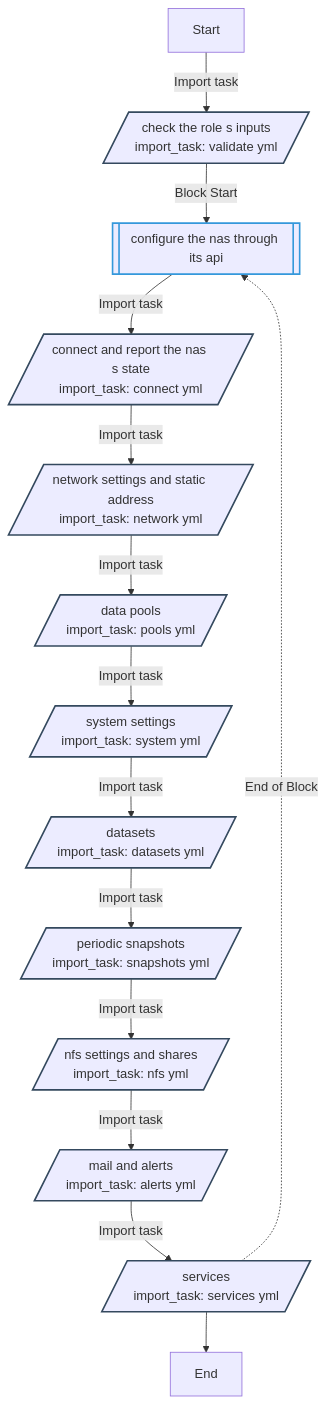
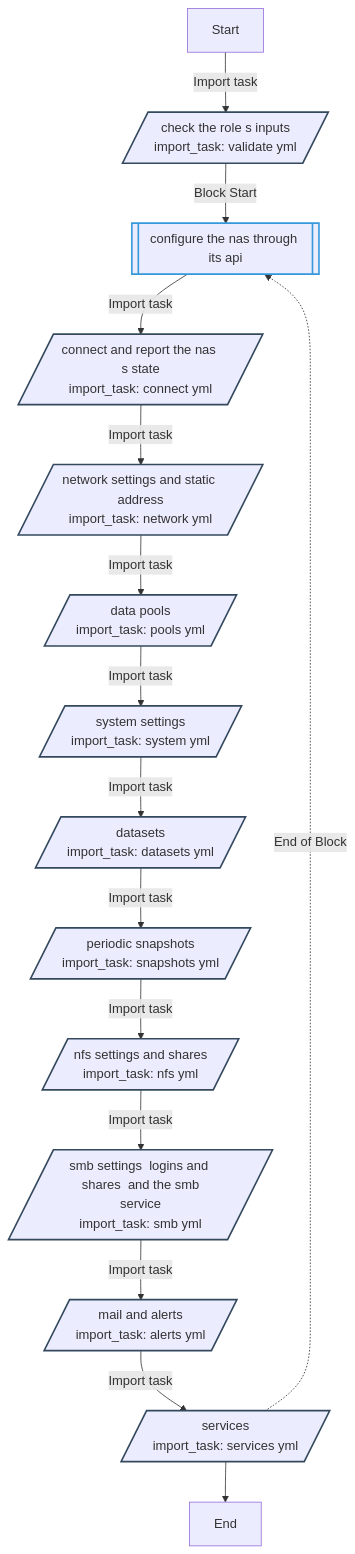
Before and after one commit to kawadeomkar/homeserver: the fourth of 13 diagrams in roles/truenas/REFERENCE.md, drawn with Mermaid. The commit also changed other lines of this file and 20 other files, not shown here.

First line of the commit message:
feat(truenas): an SMB stage: logins, directory owners and shares, the service started last

````diff
--- a/roles/truenas/REFERENCE.md
+++ b/roles/truenas/REFERENCE.md
@@ -770,26 +888,27 @@
 ```mermaid
 flowchart TD
 Start
 classDef block stroke:#3498db,stroke-width:2px;
 classDef task stroke:#4b76bb,stroke-width:2px;
 classDef includeTasks stroke:#16a085,stroke-width:2px;
 classDef importTasks stroke:#34495e,stroke-width:2px;
 classDef includeRole stroke:#2980b9,stroke-width:2px;
 classDef importRole stroke:#699ba7,stroke-width:2px;
 classDef includeVars stroke:#8e44ad,stroke-width:2px;
 classDef rescue stroke:#665352,stroke-width:2px;
 
   Start-->|Import task| Check_the_role_s_inputs_validate_yml_0[/check the role s inputs<br>import_task: validate yml/]:::importTasks
   Check_the_role_s_inputs_validate_yml_0-->|Block Start| Configure_the_NAS_through_its_API1_block_start_0[[configure the nas through its api]]:::block
   Configure_the_NAS_through_its_API1_block_start_0-->|Import task| Connect_and_report_the_NAS_s_state_connect_yml_0[/connect and report the nas s state<br>import_task: connect yml/]:::importTasks
   Connect_and_report_the_NAS_s_state_connect_yml_0-->|Import task| Network_settings_and_static_address_network_yml_1[/network settings and static address<br>import_task: network yml/]:::importTasks
   Network_settings_and_static_address_network_yml_1-->|Import task| Data_pools_pools_yml_2[/data pools<br>import_task: pools yml/]:::importTasks
   Data_pools_pools_yml_2-->|Import task| System_settings_system_yml_3[/system settings<br>import_task: system yml/]:::importTasks
   System_settings_system_yml_3-->|Import task| Datasets_datasets_yml_4[/datasets<br>import_task: datasets yml/]:::importTasks
   Datasets_datasets_yml_4-->|Import task| Periodic_snapshots_snapshots_yml_5[/periodic snapshots<br>import_task: snapshots yml/]:::importTasks
   Periodic_snapshots_snapshots_yml_5-->|Import task| NFS_settings_and_shares_nfs_yml_6[/nfs settings and shares<br>import_task: nfs yml/]:::importTasks
-  NFS_settings_and_shares_nfs_yml_6-->|Import task| Mail_and_alerts_alerts_yml_7[/mail and alerts<br>import_task: alerts yml/]:::importTasks
-  Mail_and_alerts_alerts_yml_7-->|Import task| Services_services_yml_8[/services<br>import_task: services yml/]:::importTasks
-  Services_services_yml_8-.->|End of Block| Configure_the_NAS_through_its_API1_block_start_0
-  Services_services_yml_8-->End
+  NFS_settings_and_shares_nfs_yml_6-->|Import task| SMB_settings__logins_and_shares__and_the_SMB_service_smb_yml_7[/smb settings  logins and shares  and the smb<br>service<br>import_task: smb yml/]:::importTasks
+  SMB_settings__logins_and_shares__and_the_SMB_service_smb_yml_7-->|Import task| Mail_and_alerts_alerts_yml_8[/mail and alerts<br>import_task: alerts yml/]:::importTasks
+  Mail_and_alerts_alerts_yml_8-->|Import task| Services_services_yml_9[/services<br>import_task: services yml/]:::importTasks
+  Services_services_yml_9-.->|End of Block| Configure_the_NAS_through_its_API1_block_start_0
+  Services_services_yml_9-->End
 ```
````
